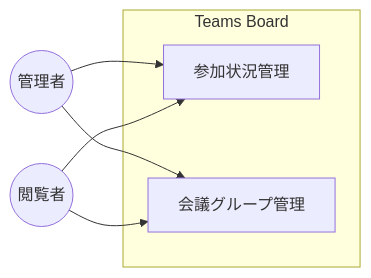
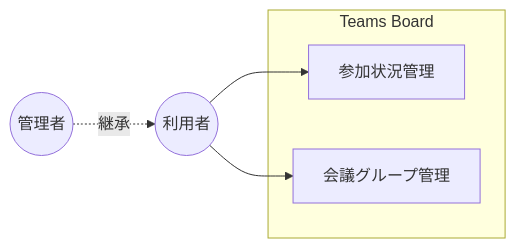
The first of 3 diagrams in docs/index.md (nuitsjp/teams-board), drawn with Mermaid before and after one commit. The commit also changed other lines of this file and 18 other files, not shown here.

````diff
--- a/docs/index.md
+++ b/docs/index.md
@@ -50,15 +25,14 @@
 ```mermaid
 graph LR
     管理者((管理者))
-    閲覧者((閲覧者))
+    利用者((利用者))
 
     subgraph Teams Board
         UC1[参加状況管理]
         UC2[会議グループ管理]
     end
 
-    管理者 --> UC1
-    管理者 --> UC2
-    閲覧者 --> UC1
-    閲覧者 --> UC2
+    管理者 -.->|継承| 利用者
+    利用者 --> UC1
+    利用者 --> UC2
 ```
````
